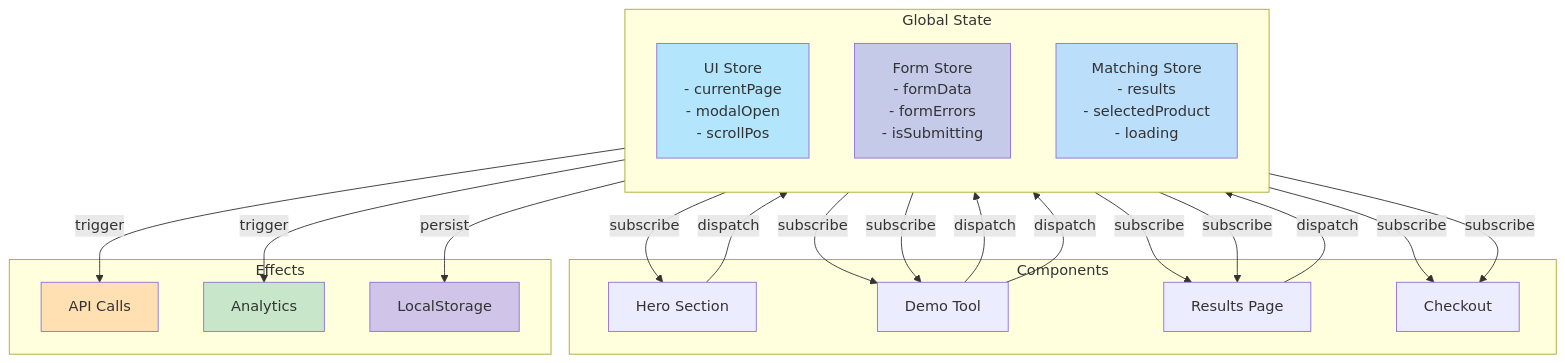
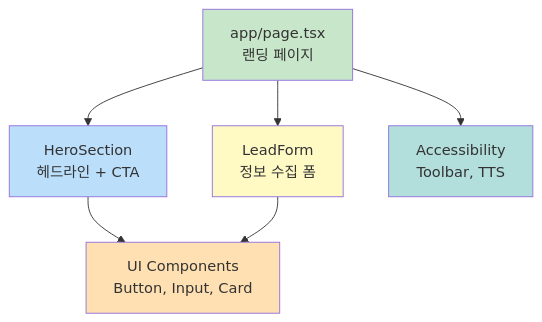
The sixth of 6 diagrams in docs/Mermaid.md (Kris-Young-Kim/ai-admp), drawn with Mermaid before and after one commit. The commit also changed other lines of this file and 18 other files, not shown here.

````diff
--- a/docs/Mermaid.md
+++ b/docs/Mermaid.md
@@ -326,50 +126,23 @@
 ```mermaid
 graph TB
-    subgraph "Global State"
-        direction TB
-        UI["UI Store<br/>- currentPage<br/>- modalOpen<br/>- scrollPos"]
-        
-        Form["Form Store<br/>- formData<br/>- formErrors<br/>- isSubmitting"]
-        
-        Matching["Matching Store<br/>- results<br/>- selectedProduct<br/>- loading"]
-    end
+    Page["app/page.tsx<br/>랜딩 페이지"]
     
-    subgraph "Components"
-        Hero["Hero Section"]
-        Demo["Demo Tool"]
-        Results["Results Page"]
-        Checkout["Checkout"]
-    end
+    Hero["HeroSection<br/>헤드라인 + CTA"]
+    Form["LeadForm<br/>정보 수집 폼"]
     
-    subgraph "Effects"
-        API["API Calls"]
-        Analytics["Analytics"]
-        LocalStorage["LocalStorage"]
-    end
+    UI["UI Components<br/>Button, Input, Card"]
+    Access["Accessibility<br/>Toolbar, TTS"]
     
-    UI -->|subscribe| Hero
-    UI -->|subscribe| Demo
-    UI -->|subscribe| Results
+    Page --> Hero
+    Page --> Form
     
-    Form -->|subscribe| Demo
-    Form -->|subscribe| Checkout
+    Hero --> UI
+    Form --> UI
+    Page --> Access
     
-    Matching -->|subscribe| Results
-    Matching -->|subscribe| Checkout
-    
-    Hero -->|dispatch| UI
-    Demo -->|dispatch| Form
-    Demo -->|dispatch| Matching
-    Results -->|dispatch| Matching
-    
-    Matching -->|trigger| API
-    Form -->|trigger| Analytics
-    UI -->|persist| LocalStorage
-    
-    style UI fill:#b3e5fc
-    style Form fill:#c5cae9
-    style Matching fill:#bbdefb
-    style API fill:#ffe0b2
-    style Analytics fill:#c8e6c9
-    style LocalStorage fill:#d1c4e9
+    style Page fill:#c8e6c9
+    style Hero fill:#bbdefb
+    style Form fill:#fff9c4
+    style UI fill:#ffe0b2
+    style Access fill:#b2dfdb
 ```
````
